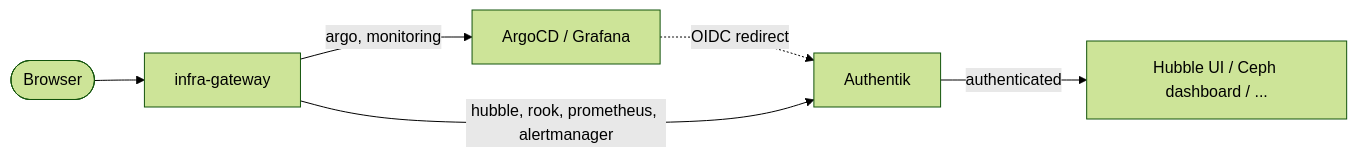
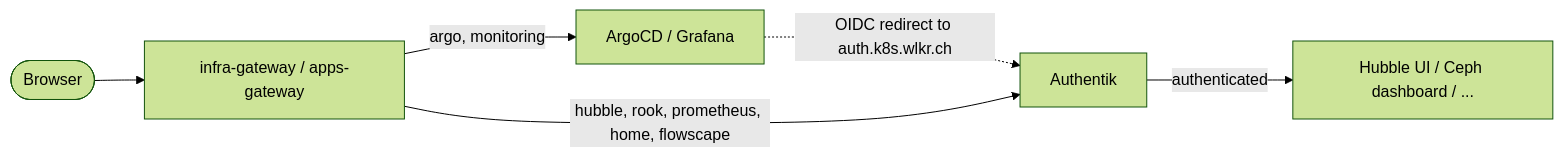
The diagram in docs/platform/authentik.md (JanWelker/homelab), drawn with Mermaid (forest theme) before and after one commit. The commit also changed other lines of this file and 10 other files, not shown here.

First line of the commit message:
fix(authentik): one hostname on the apps Gateway

````diff
--- a/docs/platform/authentik.md
+++ b/docs/platform/authentik.md
@@ -41,8 +41,8 @@
 ```mermaid
 flowchart LR
-    U([Browser]) --> GW[infra-gateway]
+    U([Browser]) --> GW[infra-gateway / apps-gateway]
     GW -->|argo, monitoring| APP[ArgoCD / Grafana]
-    APP -.->|OIDC redirect| AK[Authentik]
-    GW -->|hubble, rook, prometheus, alertmanager| AK
+    APP -.->|OIDC redirect to auth.k8s.wlkr.ch| AK[Authentik]
+    GW -->|hubble, rook, prometheus, home, flowscape| AK
     AK -->|authenticated| BE[Hubble UI / Ceph dashboard / ...]
 ```
````
